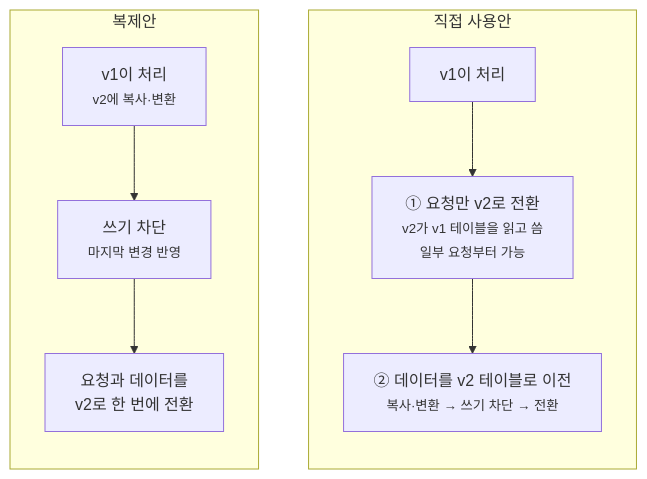
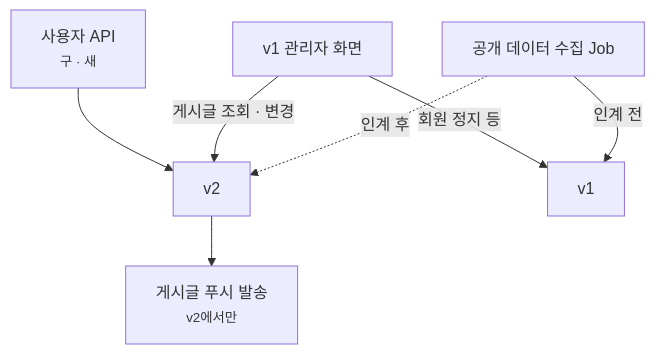
Before and after one commit to oownahcohc/oownahcohc.github.io: diagram 19 of 22 in src/content/blog/strangler-fig-redesign.md, drawn with Mermaid. The commit also changed other lines of this file, not shown here.

First line of the commit message:
Strangler Fig 재설계 글을 문제마다 후보를 견주는 전개로 다시 쓴다

````diff
--- a/src/content/blog/strangler-fig-redesign.md
+++ b/src/content/blog/strangler-fig-redesign.md
@@ -433,11 +612,9 @@
 ```mermaid
 flowchart TB
-    subgraph SB["직접 사용안"]
-        direction TB
-        D1["v1이 처리"] --> D2["① 요청만 v2로 전환<br/><small>v2가 v1 테이블을 읽고 씀<br/>일부 요청부터 가능</small>"] --> D3["② 데이터를 v2 테이블로 이전<br/><small>복사·변환 → 쓰기 차단 → 전환</small>"]
-    end
-    subgraph SA["복제안"]
-        direction TB
-        R1["v1이 처리<br/><small>v2에 복사·변환</small>"] --> R2["쓰기 차단<br/><small>마지막 변경 반영</small>"] --> R3["요청과 데이터를<br/>v2로 한 번에 전환"]
-    end
+    U["사용자 API<br/><small>구 · 새</small>"] --> V2["v2"]
+    AD["v1 관리자 화면"] -->|"게시글 조회 · 변경"| V2
+    AD -->|"회원 정지 등"| V1["v1"]
+    J["공개 데이터 수집 Job"] -->|"인계 전"| V1
+    J -.->|"인계 후"| V2
+    V2 --> P["게시글 푸시 발송<br/><small>v2에서만</small>"]
 ```
````
